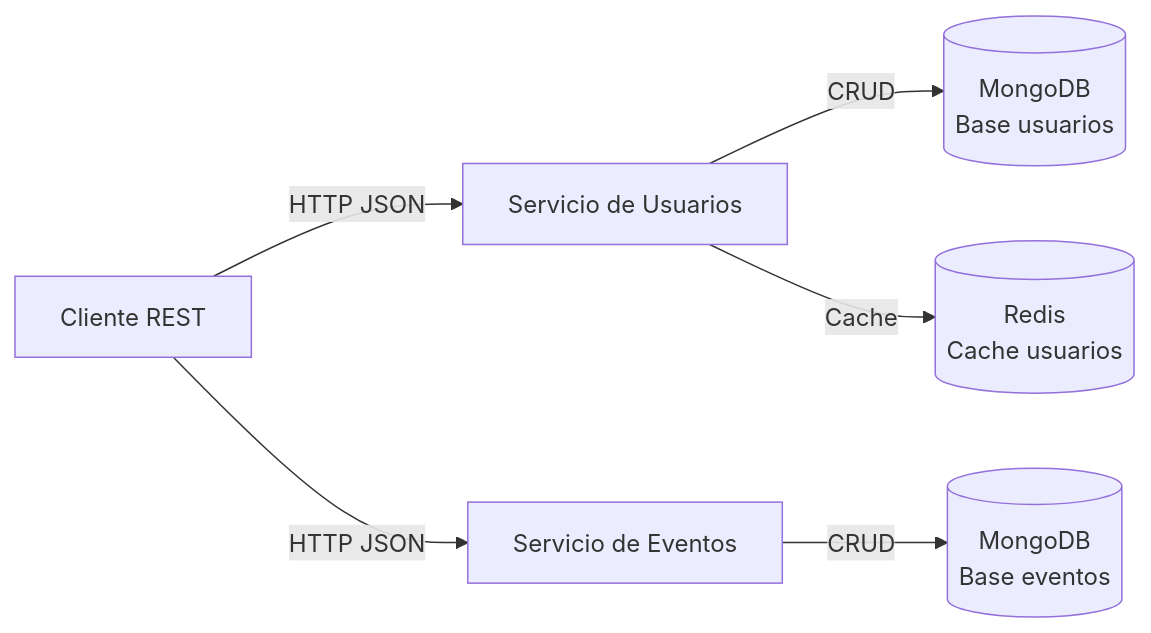
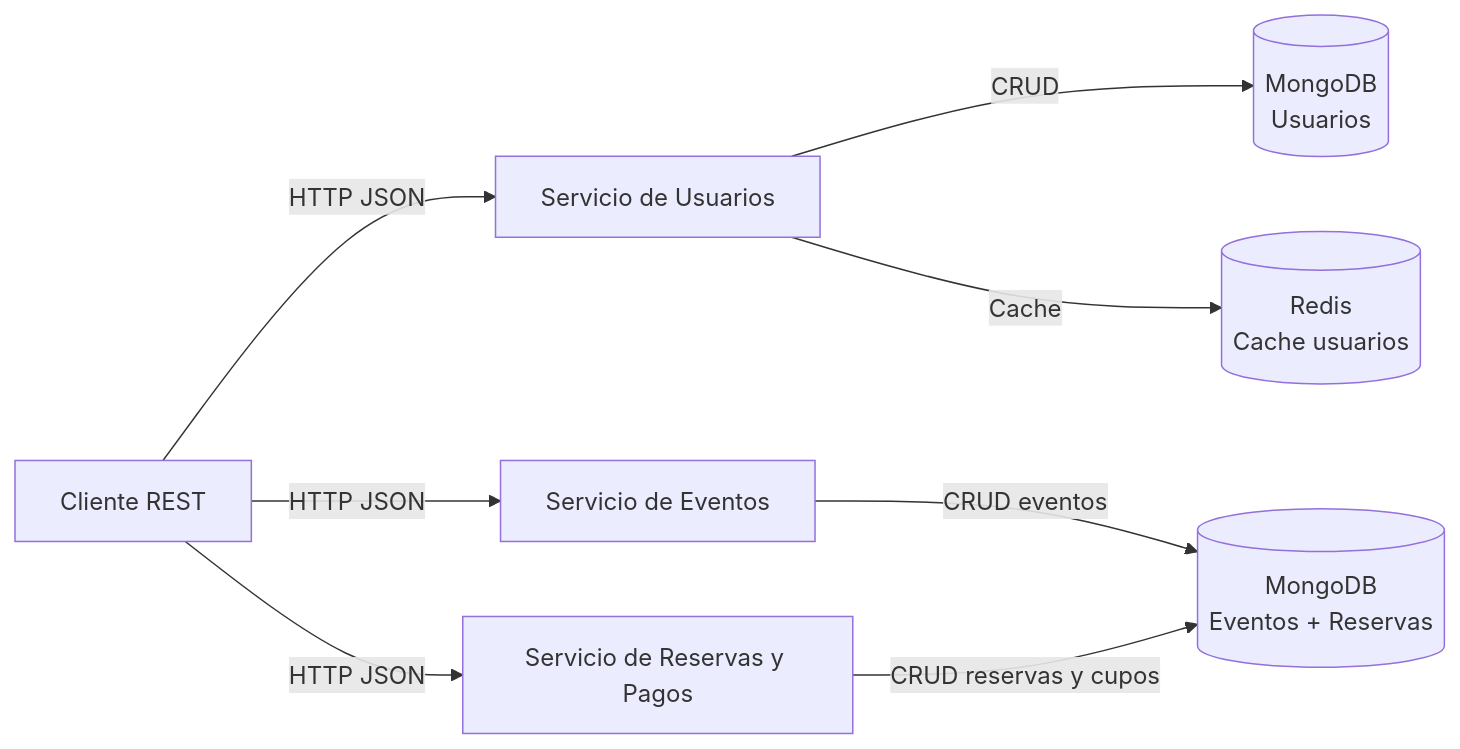
The first of 3 diagrams in README.md (diegopirazabal/tarea2nosql), drawn with Mermaid before and after one commit. The commit also changed other lines of this file and 17 other files, not shown here.

````diff
--- a/README.md
+++ b/README.md
@@ -14,15 +14,18 @@
 ```mermaid
 graph LR
   Client["Cliente REST"]
   UsersService["Servicio de Usuarios"]
   EventsService["Servicio de Eventos"]
-  MongoUsers[(MongoDB<br>Base usuarios)]
-  MongoEvents[(MongoDB<br>Base eventos)]
+  ReservationsService["Servicio de Reservas y Pagos"]
+  MongoUsers[(MongoDB<br>Usuarios)]
+  MongoEvents[(MongoDB<br>Eventos + Reservas)]
   Redis[(Redis<br>Cache usuarios)]
 
   Client -->|HTTP JSON| UsersService
   Client -->|HTTP JSON| EventsService
+  Client -->|HTTP JSON| ReservationsService
   UsersService -->|CRUD| MongoUsers
   UsersService -->|Cache| Redis
-  EventsService -->|CRUD| MongoEvents
+  EventsService -->|CRUD eventos| MongoEvents
+  ReservationsService -->|CRUD reservas y cupos| MongoEvents
 ```
````
